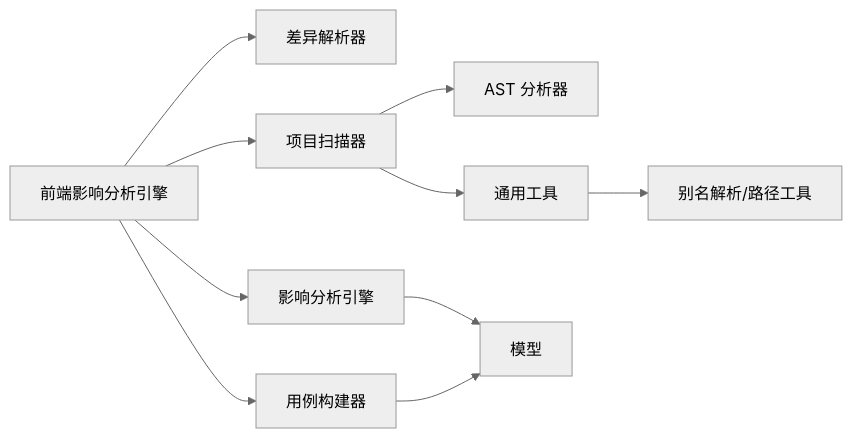
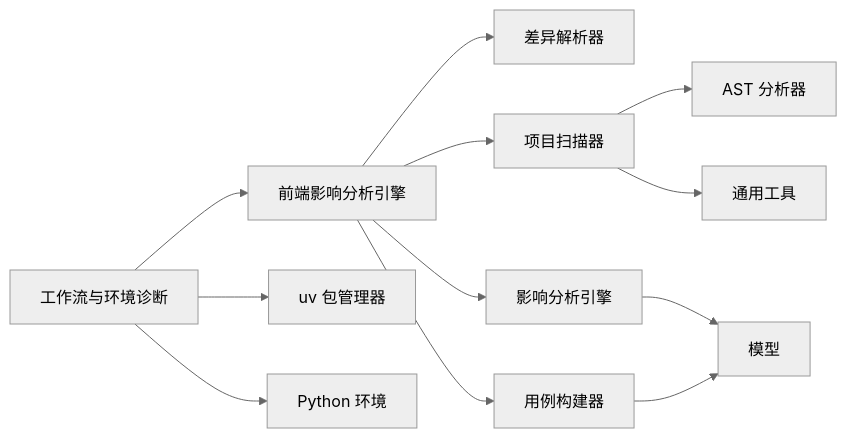
One commit to brand-new-remo/frontend-impact-analyzer changed the ninth of 9 diagrams in .qoder/repowiki/zh/content/高级用法/高级用法.md. Above: the diagram before and after it, drawn with Mermaid (neutral theme). The commit also changed other lines of this file and 8 other files, not shown here.

````diff
--- a/.qoder/repowiki/zh/content/高级用法/高级用法.md
+++ b/.qoder/repowiki/zh/content/高级用法/高级用法.md
@@ -331,12 +384,14 @@
 ```mermaid
 graph LR
 FEIA["前端影响分析引擎"] --> DP["差异解析器"]
 FEIA --> PS["项目扫描器"]
 FEIA --> IE["影响分析引擎"]
 FEIA --> CB["用例构建器"]
 PS --> TA["AST 分析器"]
 PS --> CM["通用工具"]
 IE --> MD["模型"]
 CB --> MD
-CM --> CM2["别名解析/路径工具"]
+WF["工作流与环境诊断"] --> FEIA
+WF --> UV["uv 包管理器"]
+WF --> ENV["Python 环境"]
 ```
````
